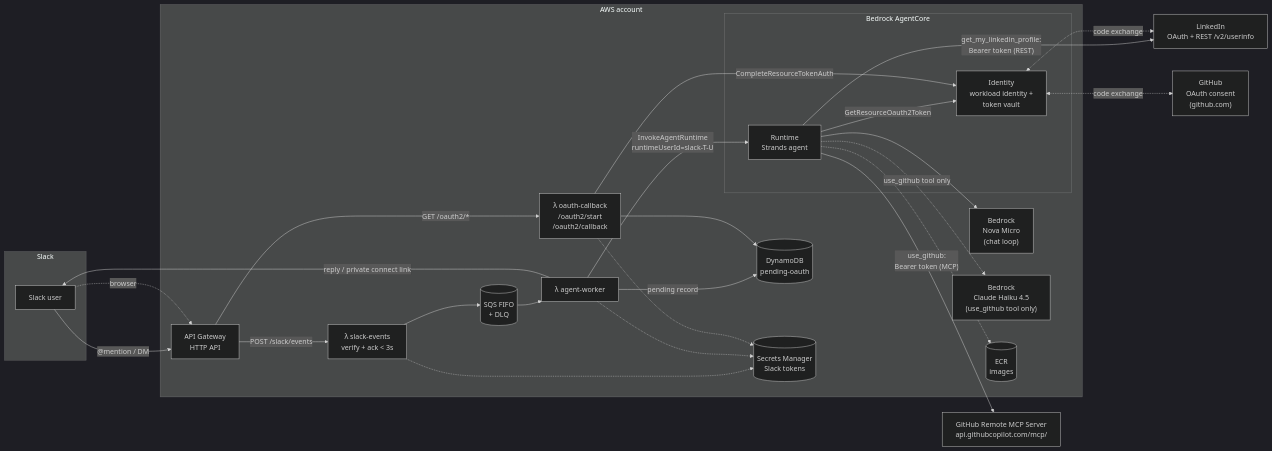
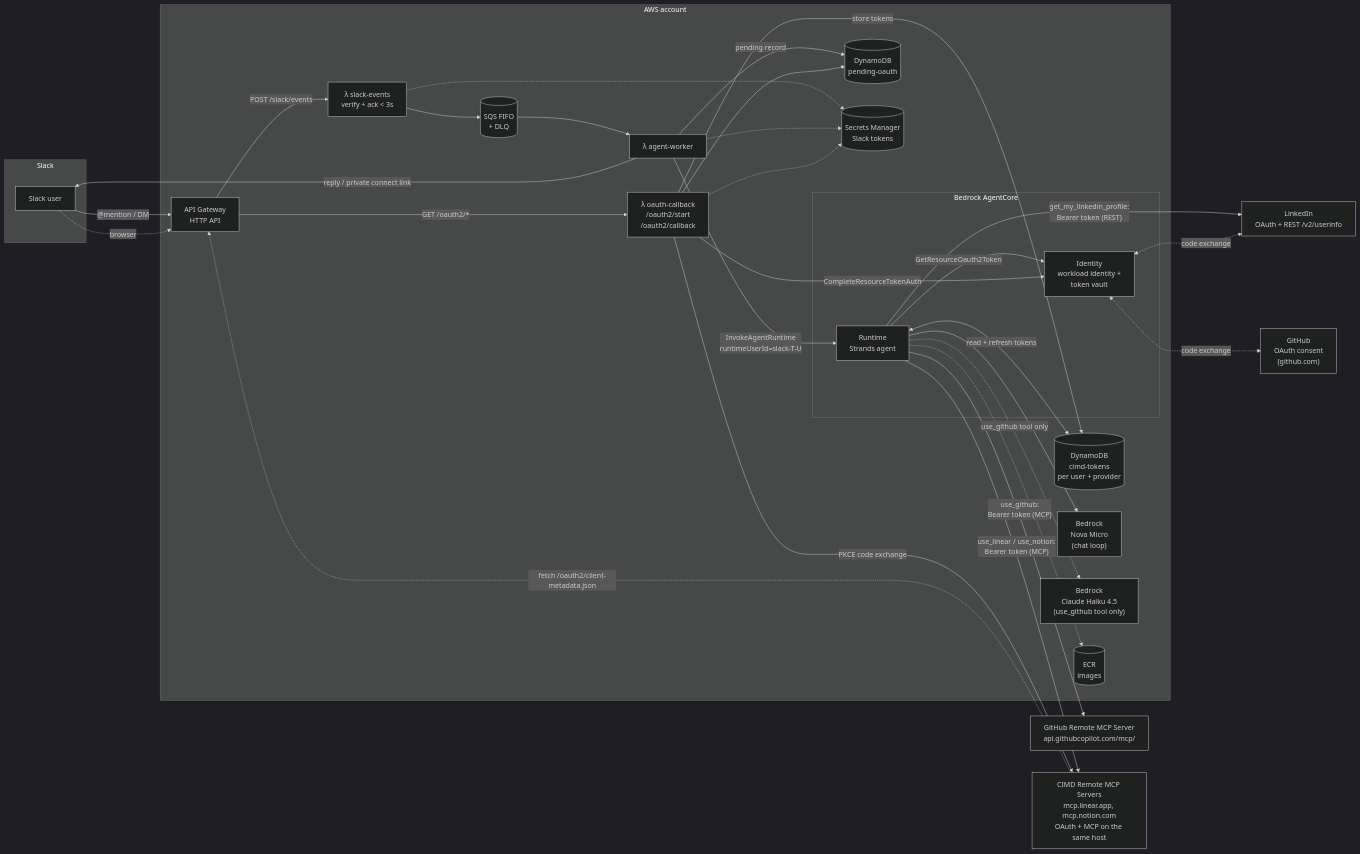
One commit to agent-runtime-labs/slack-agentcore-app changed the first of 5 diagrams in docs/architecture.md. Above: the diagram before and after it, drawn with Mermaid (dark theme). The commit also changed other lines of this file and 45 other files, not shown here.

Commit message:
Sample CIMD Providers Notion & Linear (#4)

````diff
--- a/docs/architecture.md
+++ b/docs/architecture.md
@@ -12,49 +14,56 @@
 ```mermaid
 flowchart LR
     subgraph Slack
         U[Slack user]
     end
 
     subgraph AWS["AWS account"]
         APIGW["API Gateway<br/>HTTP API"]
         EV["λ slack-events<br/>verify + ack < 3s"]
         Q[("SQS FIFO<br/>+ DLQ")]
         WK["λ agent-worker"]
         CB["λ oauth-callback<br/>/oauth2/start<br/>/oauth2/callback"]
         DDB[("DynamoDB<br/>pending-oauth")]
+        TOK[("DynamoDB<br/>cimd-tokens<br/>per user + provider")]
         SM[("Secrets Manager<br/>Slack tokens")]
 
         subgraph AC["Bedrock AgentCore"]
             RT["Runtime<br/>Strands agent"]
             ID["Identity<br/>workload identity +<br/>token vault"]
         end
 
         BR["Bedrock<br/>Nova Micro<br/>(chat loop)"]
         BR2["Bedrock<br/>Claude Haiku 4.5<br/>(use_github tool only)"]
         ECR[("ECR<br/>images")]
     end
 
     LI["LinkedIn<br/>OAuth + REST /v2/userinfo"]
     GH["GitHub<br/>OAuth consent<br/>(github.com)"]
     GHMCP["GitHub Remote MCP Server<br/>api.githubcopilot.com/mcp/"]
+    CIMD["CIMD Remote MCP Servers<br/>mcp.linear.app, mcp.notion.com<br/>OAuth + MCP on the same host"]
 
     U -- "@mention / DM" --> APIGW
     APIGW -- "POST /slack/events" --> EV
     EV --> Q --> WK
     WK -- "InvokeAgentRuntime<br/>runtimeUserId=slack-T-U" --> RT
     RT --> BR
     RT -. "use_github tool only" .-> BR2
     RT -- "GetResourceOauth2Token" --> ID
     RT -- "get_my_linkedin_profile:<br/>Bearer token (REST)" --> LI
     RT -- "use_github:<br/>Bearer token (MCP)" --> GHMCP
+    RT -- "use_linear / use_notion:<br/>Bearer token (MCP)" --> CIMD
+    RT <-- "read + refresh tokens" --> TOK
     WK -- "pending record" --> DDB
     WK -- "reply / private connect link" --> U
     U -. "browser" .-> APIGW
     APIGW -- "GET /oauth2/*" --> CB
     CB --> DDB
     CB -- "CompleteResourceTokenAuth" --> ID
+    CB -- "PKCE code exchange" --> CIMD
+    CB -- "store tokens" --> TOK
+    CIMD -. "fetch /oauth2/client-metadata.json" .-> APIGW
     ID <-. "code exchange" .-> LI
     ID <-. "code exchange" .-> GH
     EV & WK & CB -.-> SM
     RT -.-> ECR
 ```
````
